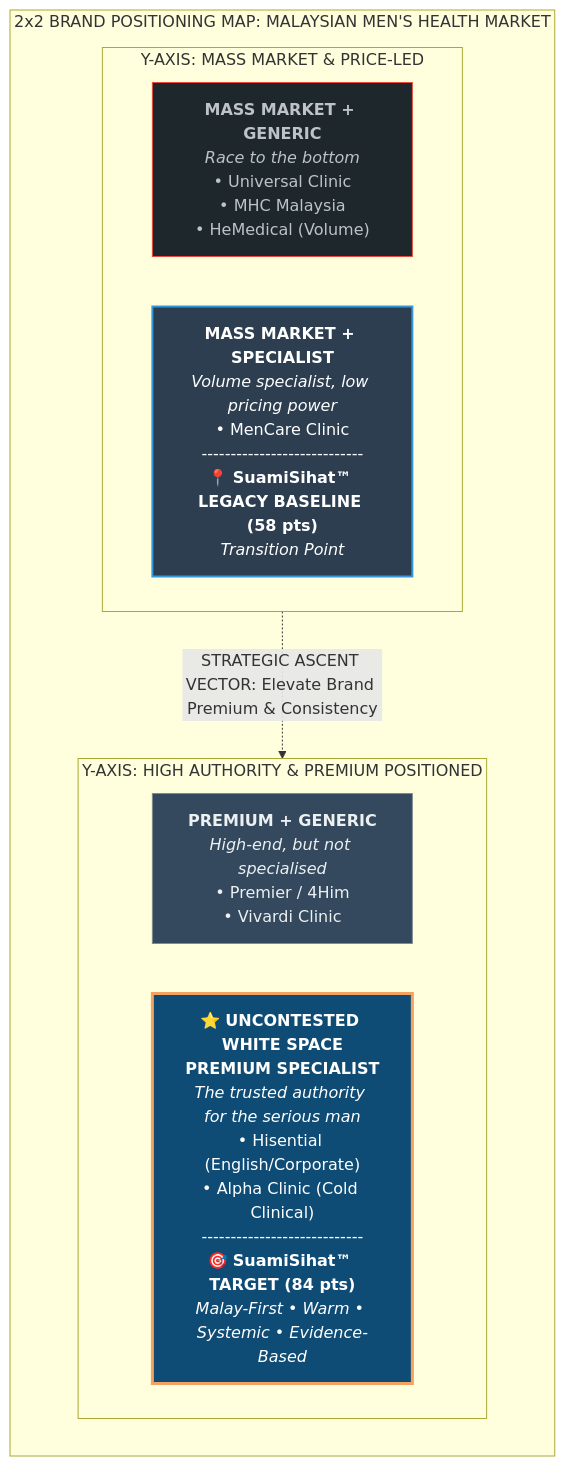
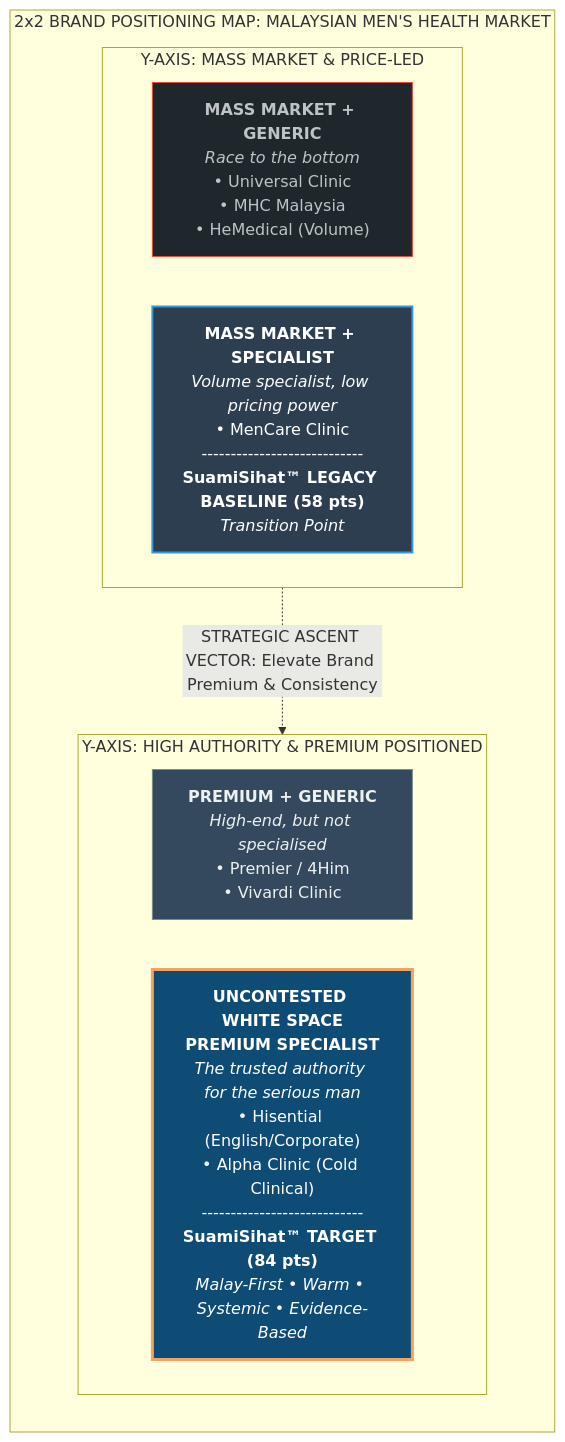
One commit to SuamiSihat/SS-Design-System changed the first of 5 diagrams in static/content/clinic-positioning.md. Above: the diagram before and after it, drawn with Mermaid. The commit also changed other lines of this file and 72 other files, not shown here.

````diff
--- a/static/content/clinic-positioning.md
+++ b/static/content/clinic-positioning.md
@@ -44,25 +44,25 @@
 ```mermaid
 flowchart TD
     subgraph QUADRANT_MAP ["2x2 BRAND POSITIONING MAP: MALAYSIAN MEN'S HEALTH MARKET"]
         direction TB
 
         subgraph TOP_ROW ["Y-AXIS: HIGH AUTHORITY & PREMIUM POSITIONED"]
             direction LR
             TL["<b>PREMIUM + GENERIC</b><br/><i>High-end, but not specialised</i><br/>• Premier / 4Him<br/>• Vivardi Clinic"]
-            TR["⭐ <b>UNCONTESTED WHITE SPACE</b><br/><b>PREMIUM SPECIALIST</b><br/><i>The trusted authority for the serious man</i><br/>• Hisential (English/Corporate)<br/>• Alpha Clinic (Cold Clinical)<br/>----------------------------<br/>🎯 <b>SuamiSihat™ TARGET (84 pts)</b><br/><i>Malay-First • Warm • Systemic • Evidence-Based</i>"]
+            TR["<b>UNCONTESTED WHITE SPACE</b><br/><b>PREMIUM SPECIALIST</b><br/><i>The trusted authority for the serious man</i><br/>• Hisential (English/Corporate)<br/>• Alpha Clinic (Cold Clinical)<br/>----------------------------<br/><b>SuamiSihat™ TARGET (84 pts)</b><br/><i>Malay-First • Warm • Systemic • Evidence-Based</i>"]
         end
 
         subgraph BOTTOM_ROW ["Y-AXIS: MASS MARKET & PRICE-LED"]
             direction LR
             BL["<b>MASS MARKET + GENERIC</b><br/><i>Race to the bottom</i><br/>• Universal Clinic<br/>• MHC Malaysia<br/>• HeMedical (Volume)"]
-            BR["<b>MASS MARKET + SPECIALIST</b><br/><i>Volume specialist, low pricing power</i><br/>• MenCare Clinic<br/>----------------------------<br/>📍 <b>SuamiSihat™ LEGACY BASELINE (58 pts)</b><br/><i>Transition Point</i>"]
+            BR["<b>MASS MARKET + SPECIALIST</b><br/><i>Volume specialist, low pricing power</i><br/>• MenCare Clinic<br/>----------------------------<br/><b>SuamiSihat™ LEGACY BASELINE (58 pts)</b><br/><i>Transition Point</i>"]
         end
     end
 
     BR -.->|"STRATEGIC ASCENT VECTOR: Elevate Brand Premium & Consistency"| TR
 
     style TR fill:#0f4c75,stroke:#f4a261,stroke-width:3px,color:#ffffff
     style BR fill:#2c3e50,stroke:#3498db,stroke-width:2px,color:#ffffff
     style TL fill:#34495e,stroke:#7f8c8d,stroke-width:1px,color:#ecf0f1
     style BL fill:#1e272c,stroke:#e74c3c,stroke-width:1px,color:#bdc3c7
 ```
````
